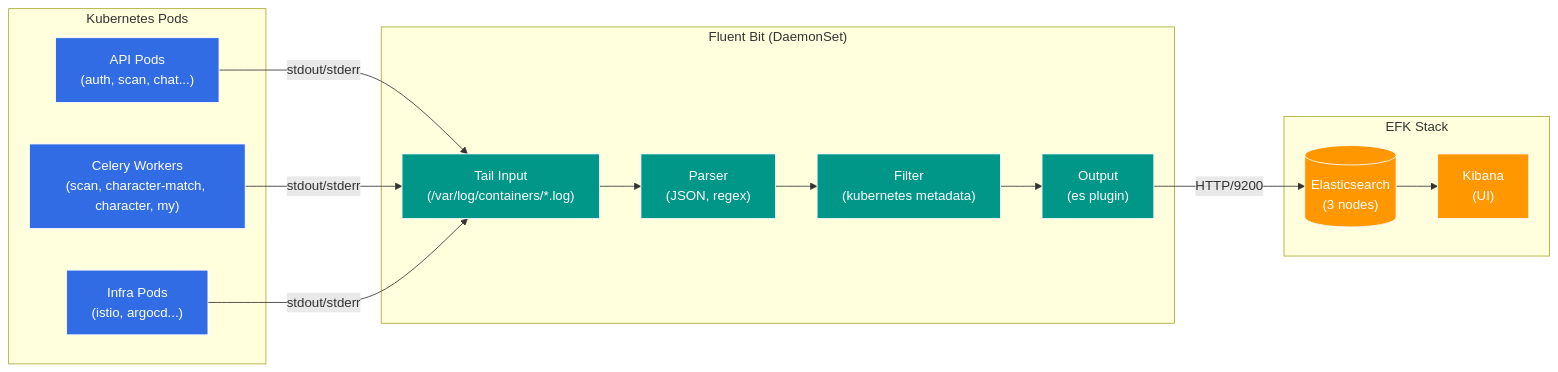
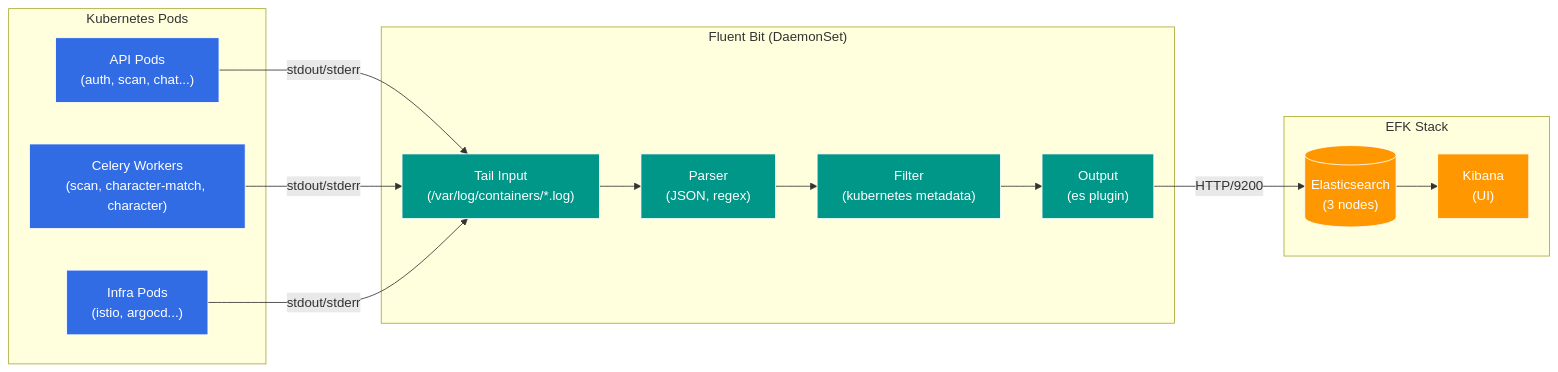
Before and after one commit to eco2-team/backend: the fifth of 5 diagrams in README.md, drawn with Mermaid. The commit also changed other lines of this file and 2 other files, not shown here.

````diff
--- a/README.md
+++ b/README.md
@@ -319,39 +455,39 @@
 ```mermaid
 flowchart LR
     subgraph Pods["Kubernetes Pods"]
         API["API Pods<br/>(auth, scan, chat...)"]
-        Workers["Celery Workers<br/>(scan, character-match, character, my)"]
+        Workers["Celery Workers<br/>(scan, character-match, character)"]
         Infra["Infra Pods<br/>(istio, argocd...)"]
     end
 
     subgraph FluentBit["Fluent Bit (DaemonSet)"]
         Tail["Tail Input<br/>(/var/log/containers/*.log)"]
         Parser["Parser<br/>(JSON, regex)"]
         Filter["Filter<br/>(kubernetes metadata)"]
         Output["Output<br/>(es plugin)"]
     end
 
     subgraph EFK["EFK Stack"]
         ES[("Elasticsearch<br/>(3 nodes)")]
         Kibana["Kibana<br/>(UI)"]
     end
 
     API -->|stdout/stderr| Tail
     Workers -->|stdout/stderr| Tail
     Infra -->|stdout/stderr| Tail
 
     Tail --> Parser
     Parser --> Filter
     Filter --> Output
     Output -->|HTTP/9200| ES
 
     ES --> Kibana
 
     classDef pods fill:#326CE5,stroke:#fff,color:white
     classDef fluent fill:#009688,stroke:#fff,color:white
     classDef efk fill:#FF9800,stroke:#fff,color:white
 
     class API,Workers,Infra pods
     class Tail,Parser,Filter,Output fluent
     class ES,Kibana efk
 ```
````
